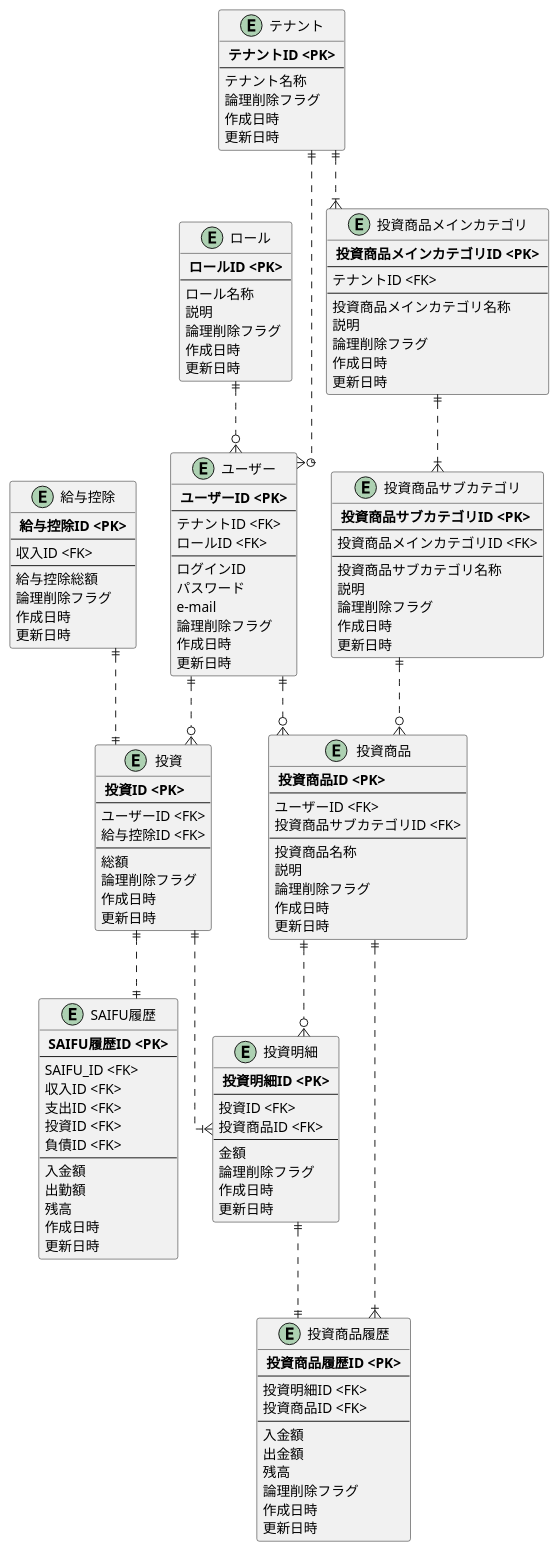
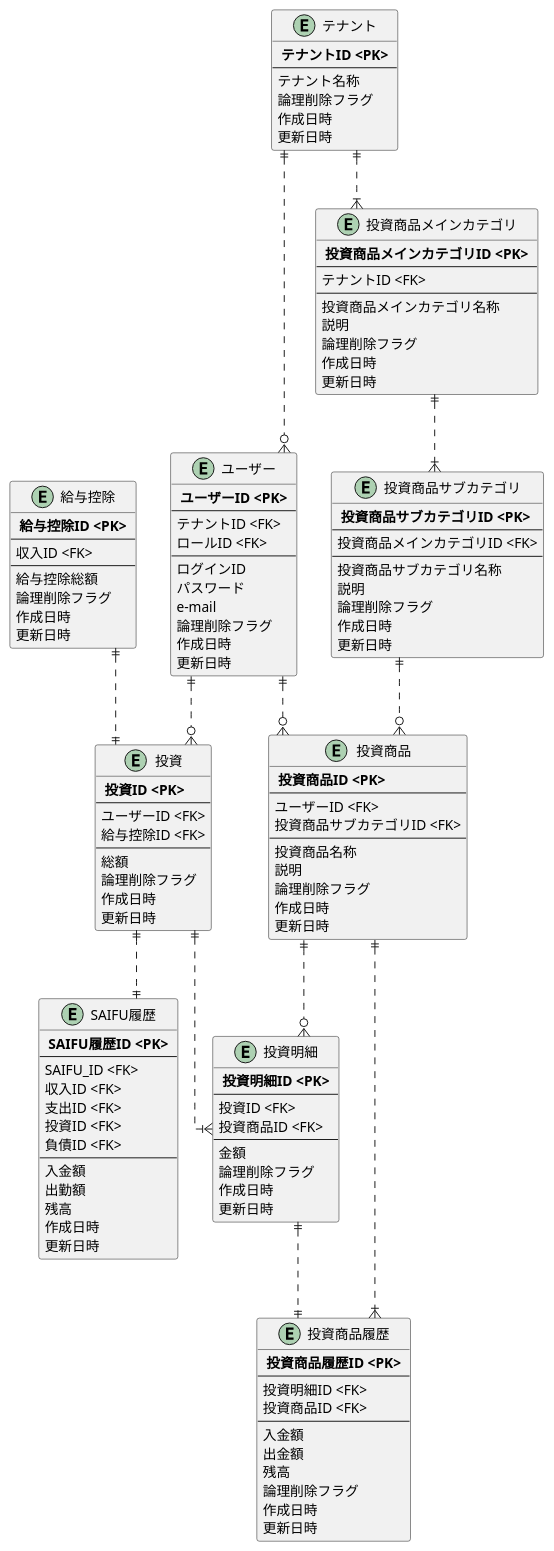
One commit to JojiKoike/saifu-docs changed the diagram in design/ER_Logical_Investment.wsd. Above: the diagram before and after it, drawn with PlantUML.

Commit message:
Investment論理モデル記述に不要なEntityとRelationを削除

```diff
--- a/design/ER_Logical_Investment.wsd
+++ b/design/ER_Logical_Investment.wsd
@@ -1,160 +1,149 @@
 @startuml ER_Concept
 skinparam linetype ortho
 
 ' Entity
 entity "テナント" as tenant {
   ** テナントID <PK> **
   --
   テナント名称
   論理削除フラグ
   作成日時
   更新日時
 }
 
 entity "ユーザー" as user {
   ** ユーザーID <PK> **
   --
   テナントID <FK>
   ロールID <FK>
   --
   ログインID
   パスワード
   e-mail
-  論理削除フラグ
-  作成日時
-  更新日時
-}
-
-entity "ロール" as role {
-  ** ロールID <PK> **
-  --
-  ロール名称
-  説明
   論理削除フラグ
   作成日時
   更新日時
 }
 
 entity "SAIFU履歴" as saifuHistory {
   ** SAIFU履歴ID <PK> **
   --
   SAIFU_ID <FK>
   収入ID <FK>
   支出ID <FK>
   投資ID <FK>
   負債ID <FK>
   --
   入金額
   出勤額
   残高
   作成日時
   更新日時
 }
 
 entity "給与控除" as salaryDeduction {
   ** 給与控除ID <PK> **
   --
   収入ID <FK>
   --
   給与控除総額
   論理削除フラグ
   作成日時
   更新日時
 }
 
 entity "投資" as investment {
   ** 投資ID <PK> **
   --
   ユーザーID <FK>
   給与控除ID <FK>
   --
   総額
   論理削除フラグ
   作成日時
   更新日時
 }
 
 entity "投資明細" as investmentDetail {
   ** 投資明細ID <PK> **
   --
   投資ID <FK>
   投資商品ID <FK>
   --
   金額
   論理削除フラグ
   作成日時
   更新日時
 }
 
 entity "投資商品" as investmentItem {
   ** 投資商品ID <PK> **
   --
   ユーザーID <FK>
   投資商品サブカテゴリID <FK>
   --
   投資商品名称
   説明
   論理削除フラグ
   作成日時
   更新日時
 }
 
 entity "投資商品履歴" as investmentItemHistory {
   ** 投資商品履歴ID <PK> **
   --
   投資明細ID <FK>
   投資商品ID <FK>
   --
   入金額
   出金額
   残高
   論理削除フラグ
   作成日時
   更新日時
 }
 
 entity "投資商品メインカテゴリ" as investmentItemCategoryMain {
   ** 投資商品メインカテゴリID <PK> **
   --
   テナントID <FK>
   --
   投資商品メインカテゴリ名称
   説明
   論理削除フラグ
   作成日時
   更新日時
 }
 
 entity "投資商品サブカテゴリ" as investmentItemCategorySub {
   ** 投資商品サブカテゴリID <PK> **
   --
   投資商品メインカテゴリID <FK>
   --
   投資商品サブカテゴリ名称
   説明
   論理削除フラグ
   作成日時
   更新日時
 }
 
 
 ' Relation
 
 ' Account
 tenant ||..o{user
-role ||..o{user
 
 ' Investment
 tenant ||..|{investmentItemCategoryMain
 investmentItemCategoryMain ||..|{investmentItemCategorySub
 investmentItemCategorySub ||..o{investmentItem
 salaryDeduction ||..||investment
 investment ||..|{investmentDetail
 investment ||..||saifuHistory
 investmentDetail ||..||investmentItemHistory
 investmentItem ||..|{investmentItemHistory
 investmentItem ||..o{investmentDetail
 user ||..o{investment
 user ||..o{investmentItem
 
 @enduml
```
